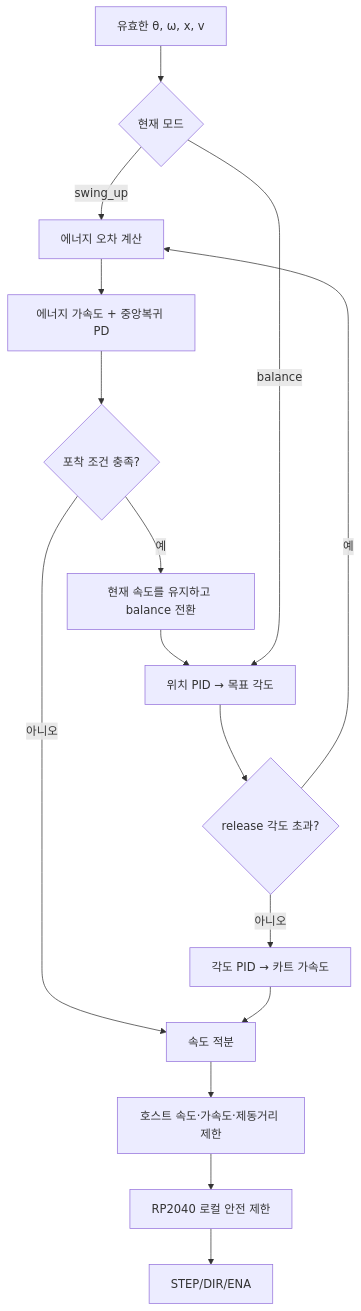
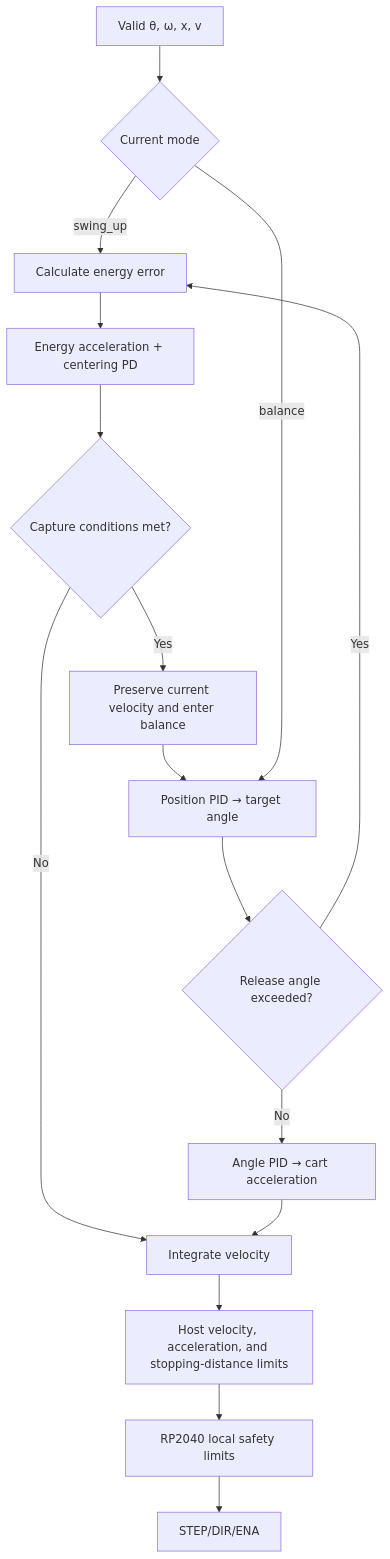
The first of 2 diagrams in docs/control_algorithm.md (sim-red-line/single-stage-vision-cartpole), drawn with Mermaid before and after one commit. The commit also changed other lines of this file and 18 other files, not shown here.

```diff
--- a/docs/control_algorithm.md
+++ b/docs/control_algorithm.md
@@ -7,18 +9,18 @@
 ~~~mermaid
 flowchart TD
-    A["유효한 θ, ω, x, v"] --> B{"현재 모드"}
-    B -->|swing_up| C["에너지 오차 계산"]
-    C --> D["에너지 가속도 + 중앙복귀 PD"]
-    D --> E{"포착 조건 충족?"}
-    E -->|아니오| H["속도 적분"]
-    E -->|예| F["현재 속도를 유지하고 balance 전환"]
-    F --> G["위치 PID → 목표 각도"]
-    G --> M{"release 각도 초과?"}
-    M -->|아니오| I["각도 PID → 카트 가속도"]
-    M -->|예| C
+    A["Valid θ, ω, x, v"] --> B{"Current mode"}
+    B -->|swing_up| C["Calculate energy error"]
+    C --> D["Energy acceleration + centering PD"]
+    D --> E{"Capture conditions met?"}
+    E -->|No| H["Integrate velocity"]
+    E -->|Yes| F["Preserve current velocity and enter balance"]
+    F --> G["Position PID → target angle"]
+    G --> M{"Release angle exceeded?"}
+    M -->|No| I["Angle PID → cart acceleration"]
+    M -->|Yes| C
     I --> H
     B -->|balance| G
-    H --> J["호스트 속도·가속도·제동거리 제한"]
-    J --> K["RP2040 로컬 안전 제한"]
+    H --> J["Host velocity, acceleration, and stopping-distance limits"]
+    J --> K["RP2040 local safety limits"]
     K --> L["STEP/DIR/ENA"]
 ~~~
```
